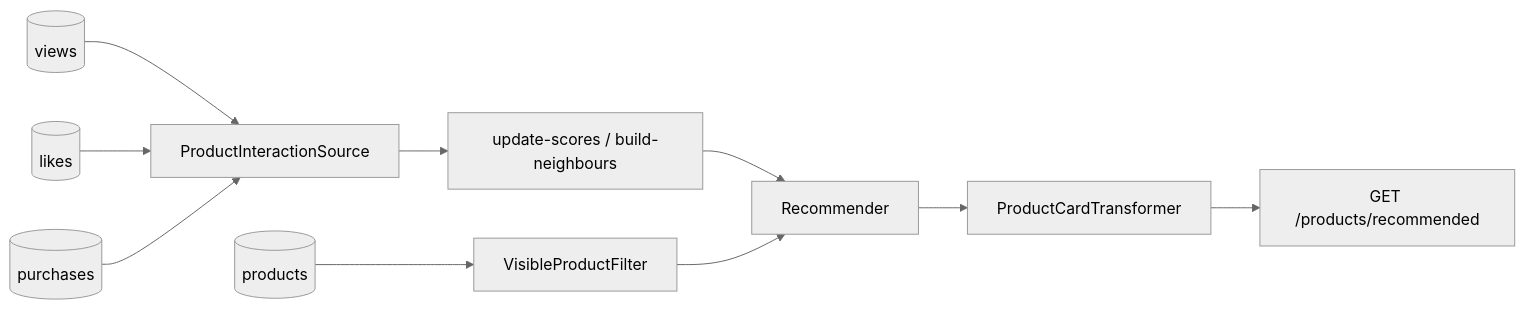
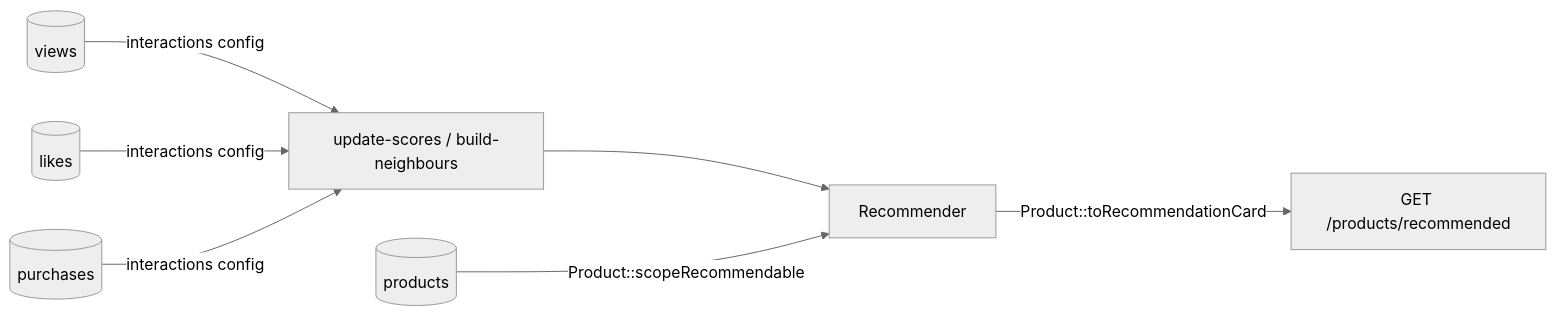
One commit to solutionforest/laravel-recommender changed the diagram in examples/products/README.md. Above: the diagram before and after it, drawn with Mermaid (neutral theme). The commit also changed other lines of this file and 56 other files, not shown here.

````diff
--- a/examples/products/README.md
+++ b/examples/products/README.md
@@ -13,8 +13,7 @@
 ```mermaid
 flowchart LR
-  V[(views)] & L[(likes)] & P[(purchases)] --> I[ProductInteractionSource]
-  I --> J["update-scores / build-neighbours"]
+  V[(views)] & L[(likes)] & P[(purchases)] -->|interactions config| J["update-scores / build-neighbours"]
   J --> R[Recommender]
-  PR[(products)] --> F[VisibleProductFilter] --> R
-  R --> C[ProductCardTransformer] --> API["GET /products/recommended"]
+  PR[(products)] -->|Product::scopeRecommendable| R
+  R -->|Product::toRecommendationCard| API["GET /products/recommended"]
 ```
````
